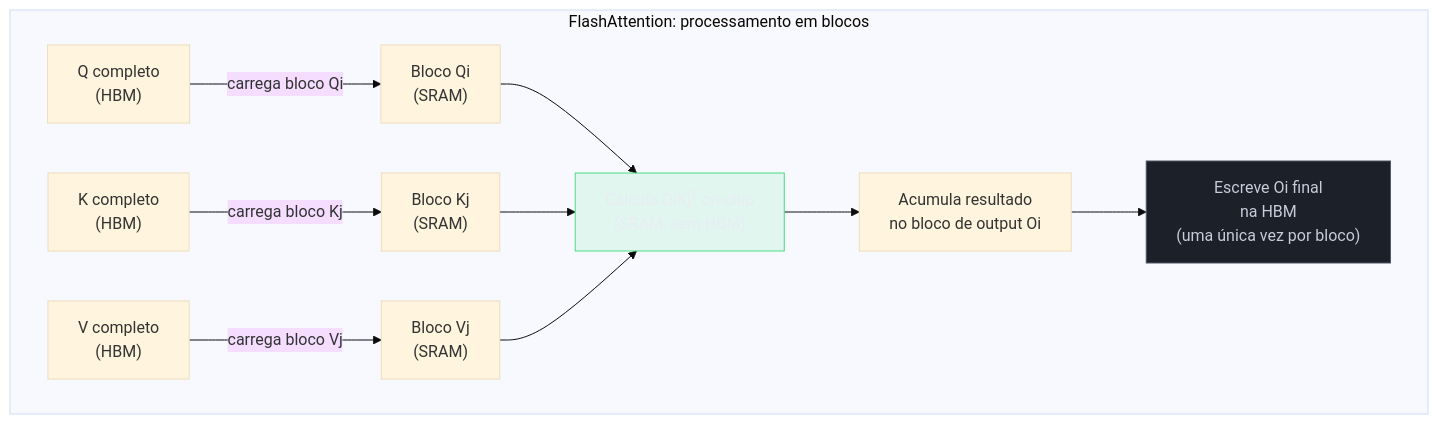
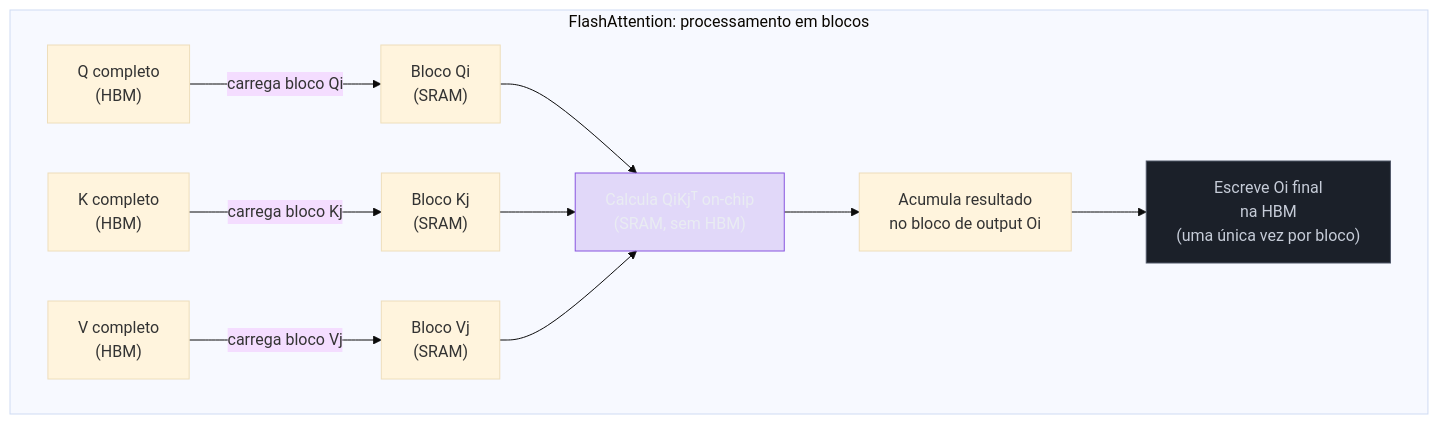
Before and after one commit to josenaldo/codex-technomanticus: the third of 5 diagrams in 03-Dominios/Tecnologia/IA/Anatomia dos LLMs/04c - Atenção eficiente — FlashAttention, sparse e híbrida.md, drawn with Mermaid (base theme). The commit also changed other lines of this file and 601 other files, not shown here.

````diff
--- a/03-Dominios/Tecnologia/IA/Anatomia dos LLMs/04c - Atenção eficiente — FlashAttention, sparse e híbrida.md
+++ b/03-Dominios/Tecnologia/IA/Anatomia dos LLMs/04c - Atenção eficiente — FlashAttention, sparse e híbrida.md
@@ -99,17 +99,17 @@
 ```mermaid
 graph TD
-    classDef ok fill:#4ADE8021,stroke:#4ADE80,color:#E9ECF2
+    classDef marca fill:#8855DF33,stroke:#8855DF,color:#E9ECF2
     classDef neutro fill:#1B2029,stroke:#4E5666,color:#C6CCD8
     subgraph "FlashAttention: processamento em blocos"
         Q["Q completo\n(HBM)"] --> |"carrega bloco Qi"| SRAM_Q["Bloco Qi\n(SRAM)"]
         K["K completo\n(HBM)"] --> |"carrega bloco Kj"| SRAM_K["Bloco Kj\n(SRAM)"]
         V["V completo\n(HBM)"] --> |"carrega bloco Vj"| SRAM_V["Bloco Vj\n(SRAM)"]
         SRAM_Q --> CALC["Calcula QiKjᵀ on-chip\n(SRAM, sem HBM)"]
         SRAM_K --> CALC
         SRAM_V --> CALC
         CALC --> ACC["Acumula resultado\nno bloco de output Oi"]
         ACC --> OUT["Escreve Oi final\nna HBM\n(uma única vez por bloco)"]
     end
-    class CALC ok
+    class CALC marca
     class OUT neutro
 ```
````
